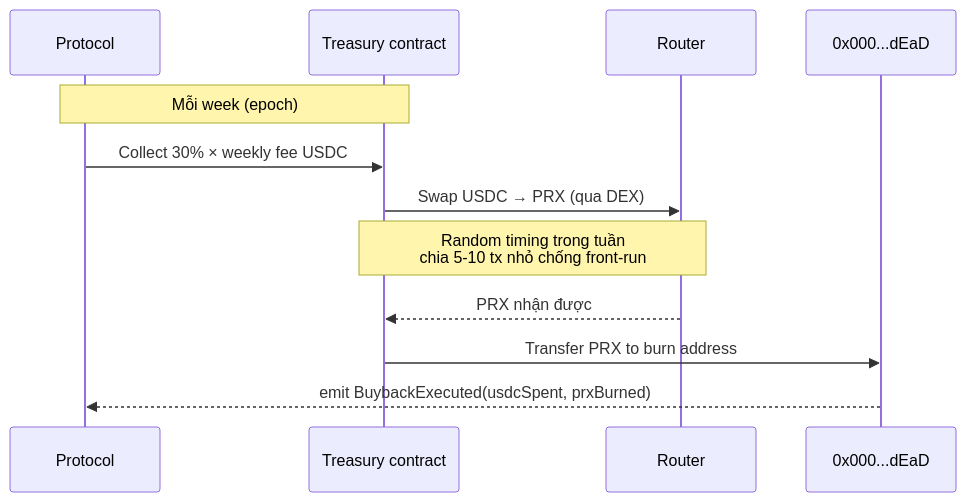
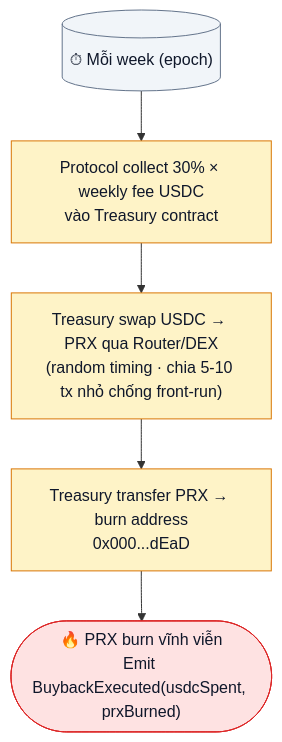
One commit to PrediX-Protocol/predix-docs changed the first of 3 diagrams in vi_v6/kinh-te/buyback-burn.md. Above: the diagram before and after it, drawn with Mermaid. The commit also changed 17 other files, not shown here.

First line of the commit message:
docs(vi_v6): convert all 22 sequenceDiagram → flowchart TD (no overlap UX issue)

````diff
--- a/vi_v6/kinh-te/buyback-burn.md
+++ b/vi_v6/kinh-te/buyback-burn.md
@@ -7,15 +7,15 @@
 ```mermaid
-sequenceDiagram
-    participant P as Protocol
-    participant T as Treasury contract
-    participant R as Router
-    participant Burn as 0x000...dEaD
+flowchart TD
+    Start[("⏱ Mỗi week (epoch)")]
+    Start --> S1["Protocol collect 30% × weekly fee USDC<br/>vào Treasury contract"]
+    S1 --> S2["Treasury swap USDC → PRX qua Router/DEX<br/>(random timing · chia 5-10 tx nhỏ chống front-run)"]
+    S2 --> S3["Treasury transfer PRX → burn address<br/>0x000...dEaD"]
+    S3 --> End(["🔥 PRX burn vĩnh viễn<br/>Emit BuybackExecuted(usdcSpent, prxBurned)"])
 
-    Note over P,T: Mỗi week (epoch)
-    P->>T: Collect 30% × weekly fee USDC
-    T->>R: Swap USDC → PRX (qua DEX)
-    Note over T,R: Random timing trong tuần<br/>chia 5-10 tx nhỏ chống front-run
-    R-->>T: PRX nhận được
-    T->>Burn: Transfer PRX to burn address
-    Burn-->>P: emit BuybackExecuted(usdcSpent, prxBurned)
+    classDef tick fill:#f1f5f9,stroke:#64748b,color:#0f172a
+    classDef step fill:#fef3c7,stroke:#d97706,color:#0f172a
+    classDef burn fill:#fee2e2,stroke:#dc2626,color:#0f172a
+    class Start tick
+    class S1,S2,S3 step
+    class End burn
 ```
````
